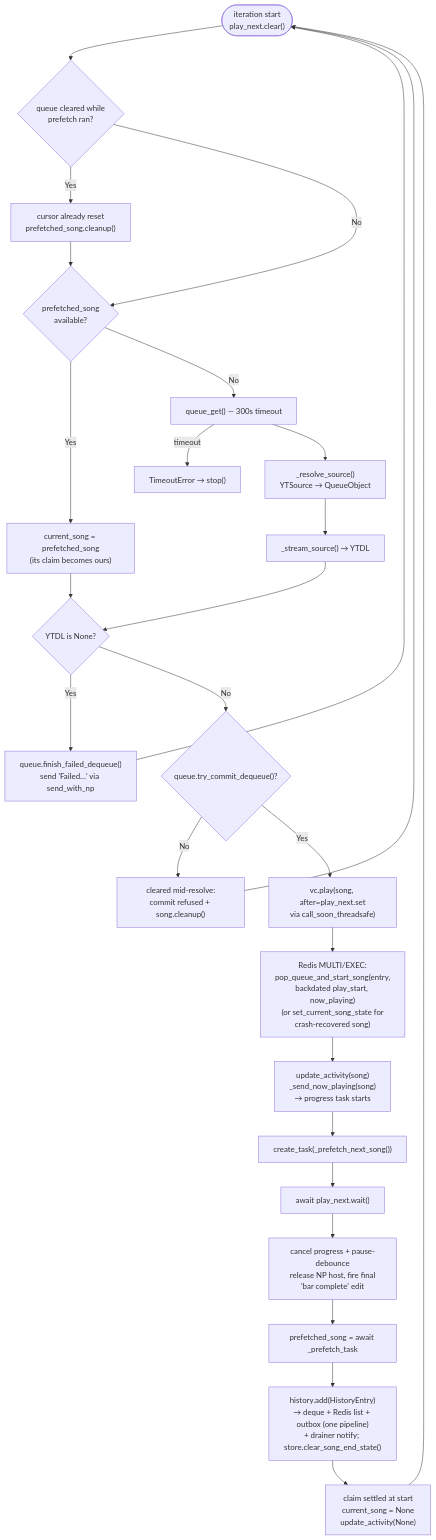
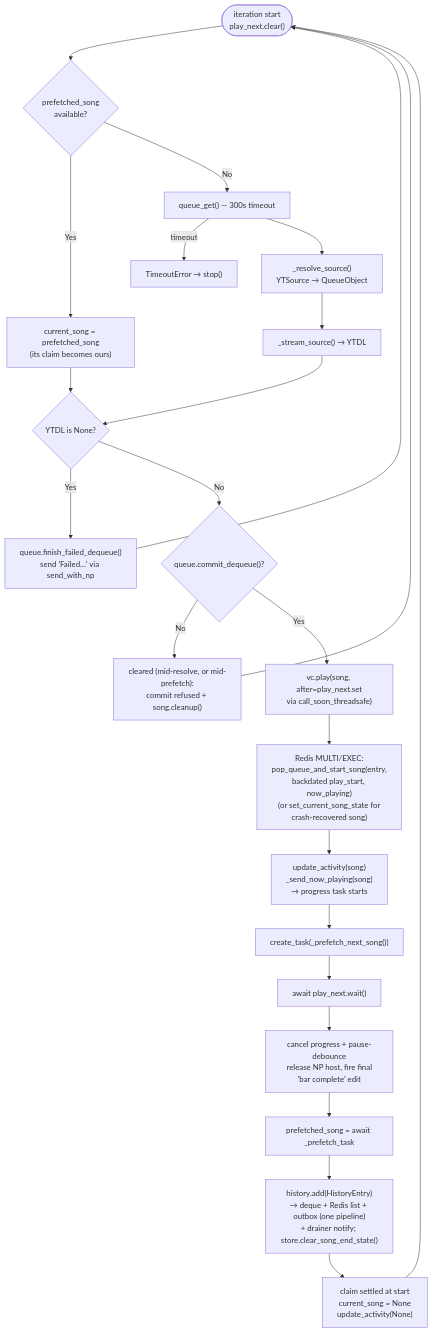
The tenth of 15 diagrams in docs/ARCHITECTURE.md (kawadeomkar/discord-music-bot), drawn with Mermaid before and after one commit. The commit also changed other lines of this file and 9 other files, not shown here.

````diff
--- a/docs/ARCHITECTURE.md
+++ b/docs/ARCHITECTURE.md
@@ -568,38 +568,34 @@
 ```mermaid
 flowchart TD
     Start(["iteration start\nplay_next.clear()"])
-    Cleared{"queue cleared while\nprefetch ran?"}
-    DropPF["cursor already reset\nprefetched_song.cleanup()"]
     HavePF{"prefetched_song\navailable?"}
     UsePF["current_song = prefetched_song\n(its claim becomes ours)"]
     GetQueue["queue_get() — 300s timeout"]
     Timeout["TimeoutError → stop()"]
     Resolve["_resolve_source()\nYTSource → QueueObject"]
     Stream["_stream_source() → YTDL"]
     Failed{"YTDL is None?"}
     FailPop["queue.finish_failed_dequeue()\nsend 'Failed…' via send_with_np"]
-    Commit{"queue.try_commit_dequeue()?"}
-    Discard["cleared mid-resolve:\ncommit refused + song.cleanup()"]
+    Commit{"queue.commit_dequeue()?"}
+    Discard["cleared (mid-resolve, or mid-prefetch):\ncommit refused + song.cleanup()"]
     Play["vc.play(song, after=play_next.set\nvia call_soon_threadsafe)"]
     Persist["Redis MULTI/EXEC:\npop_queue_and_start_song(entry,\nbackdated play_start, now_playing)\n(or set_current_song_state for\ncrash-recovered song)"]
     NP["update_activity(song)\n_send_now_playing(song)\n→ progress task starts"]
     Prefetch["create_task(_prefetch_next_song())"]
     Wait["await play_next.wait()"]
     Retire["cancel progress + pause-debounce\nrelease NP host, fire final\n'bar complete' edit"]
     Collect["prefetched_song = await _prefetch_task"]
     History["history.add(HistoryEntry)\n→ deque + Redis list + outbox (one pipeline)\n+ drainer notify; store.clear_song_end_state()"]
     Done["claim settled at start\ncurrent_song = None\nupdate_activity(None)"]
 
-    Start --> Cleared
-    Cleared -->|Yes| DropPF --> HavePF
-    Cleared -->|No| HavePF
+    Start --> HavePF
     HavePF -->|Yes| UsePF --> Failed
     HavePF -->|No| GetQueue
     GetQueue -->|timeout| Timeout
     GetQueue --> Resolve --> Stream --> Failed
     Failed -->|Yes| FailPop --> Start
     Failed -->|No| Commit
     Commit -->|No| Discard --> Start
     Commit -->|Yes| Play --> Persist --> NP --> Prefetch --> Wait
     Wait --> Retire --> Collect --> History --> Done --> Start
 ```
````
